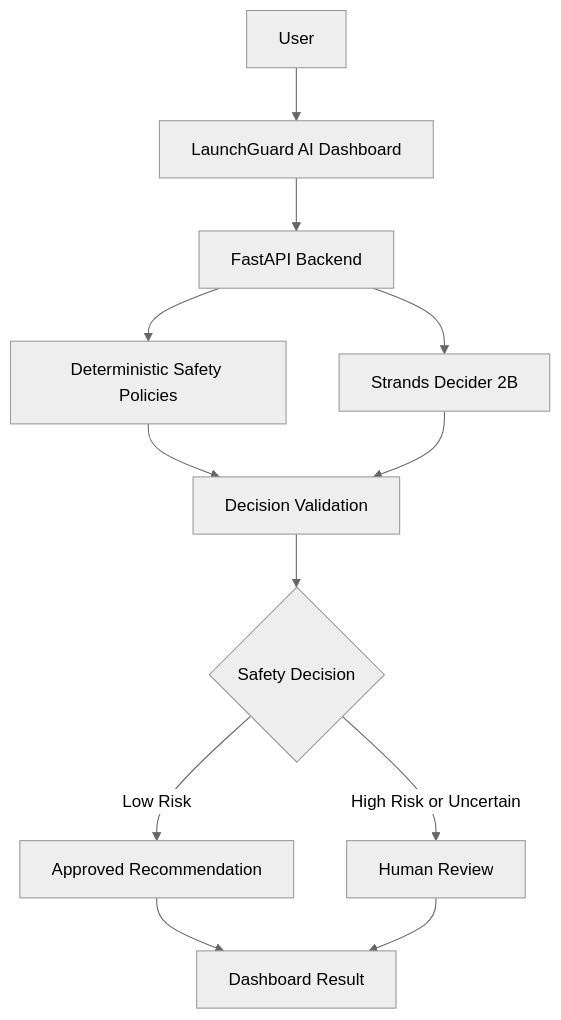
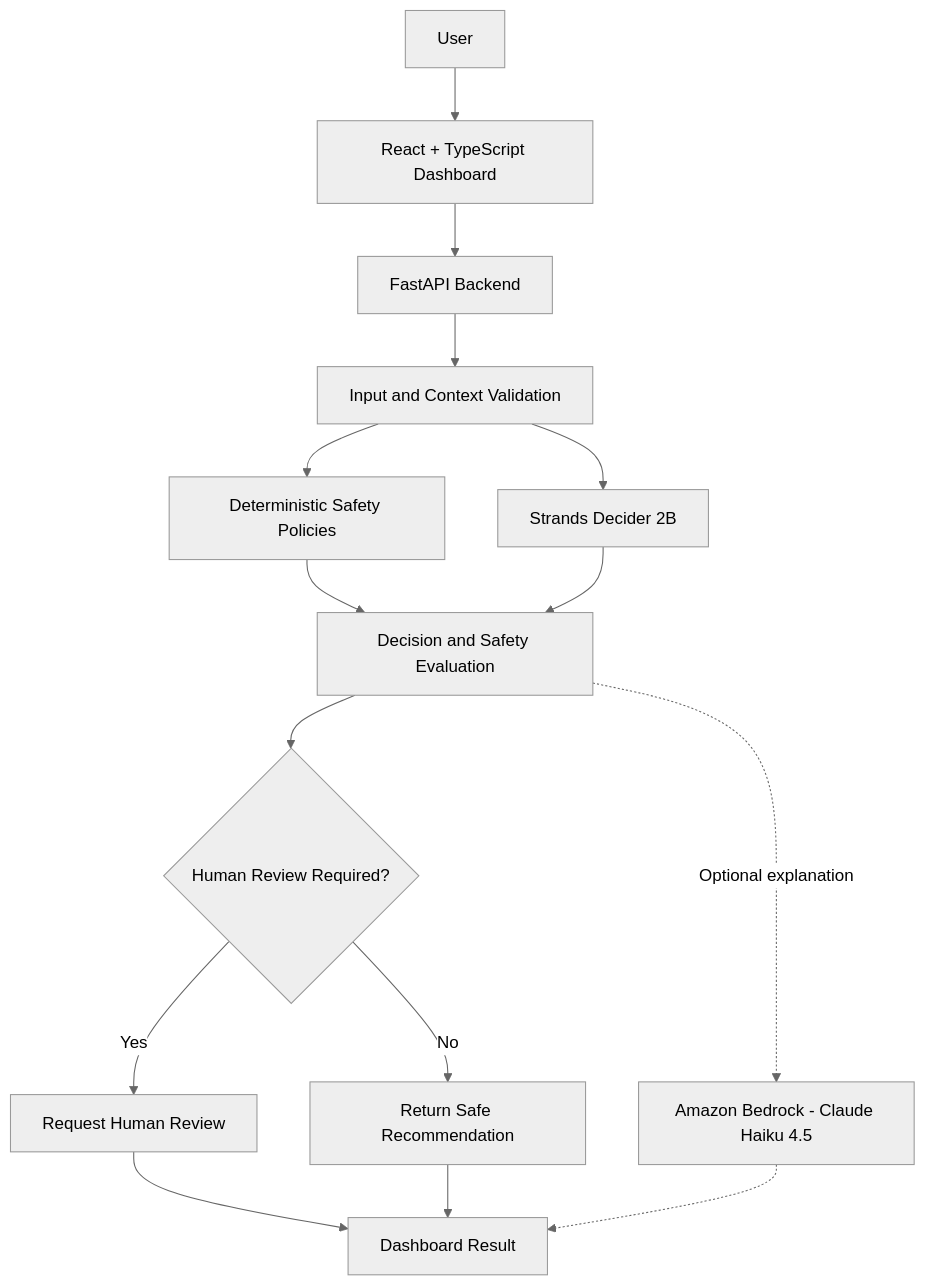
Before and after one commit to dasu07988/LaunchGuard-AI: the diagram in README.md, drawn with Mermaid (neutral theme). The commit also changed other lines of this file, not shown here.

````diff
--- a/README.md
+++ b/README.md
@@ -66,14 +101,17 @@
 ```mermaid
 flowchart TD
-    A[User] --> B[LaunchGuard AI Dashboard]
+    A[User] --> B[React + TypeScript Dashboard]
     B --> C[FastAPI Backend]
-    C --> D[Deterministic Safety Policies]
-    C --> E[Strands Decider 2B]
-    D --> F[Decision Validation]
-    E --> F
-    F --> G{Safety Decision}
-    G -->|Low Risk| H[Approved Recommendation]
-    G -->|High Risk or Uncertain| I[Human Review]
-    H --> J[Dashboard Result]
-    I --> J
+    C --> D[Input and Context Validation]
+    D --> E[Deterministic Safety Policies]
+    D --> F[Strands Decider 2B]
+    E --> G[Decision and Safety Evaluation]
+    F --> G
+    G --> H{Human Review Required?}
+    H -->|Yes| I[Request Human Review]
+    H -->|No| J[Return Safe Recommendation]
+    G -. Optional explanation .-> K[Amazon Bedrock - Claude Haiku 4.5]
+    I --> L[Dashboard Result]
+    J --> L
+    K -.-> L
 ```
````
